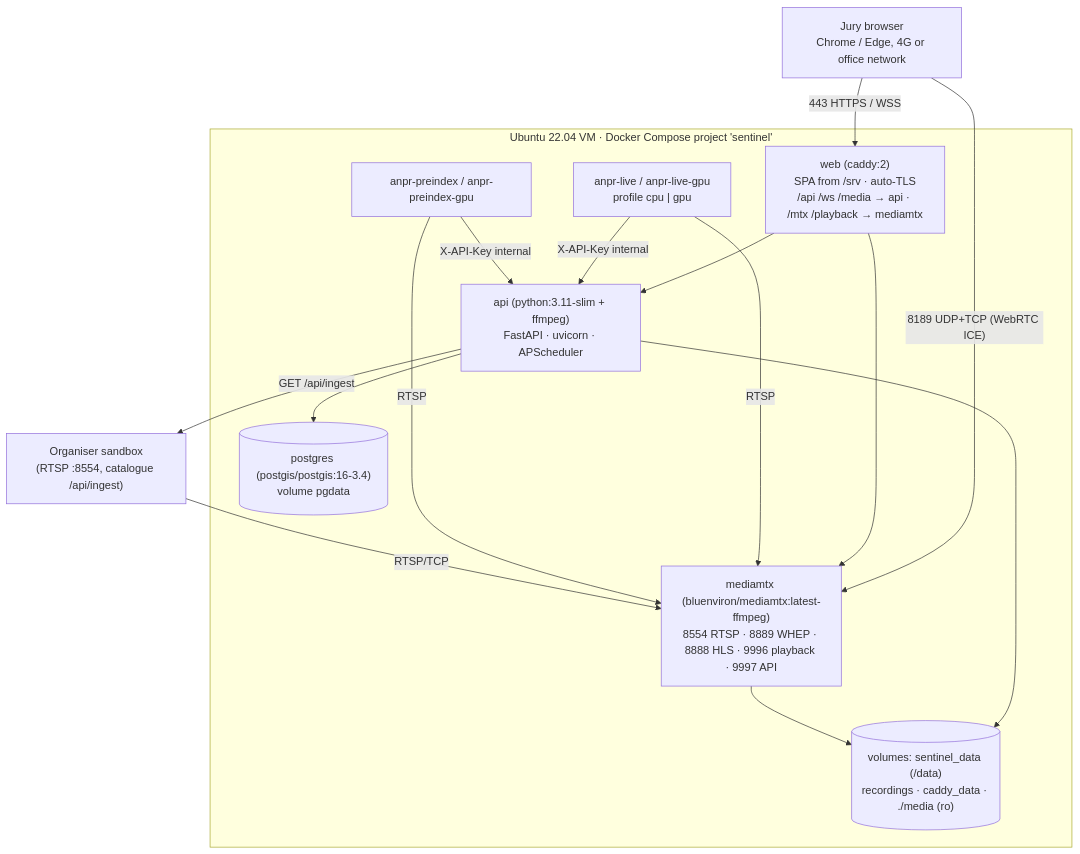
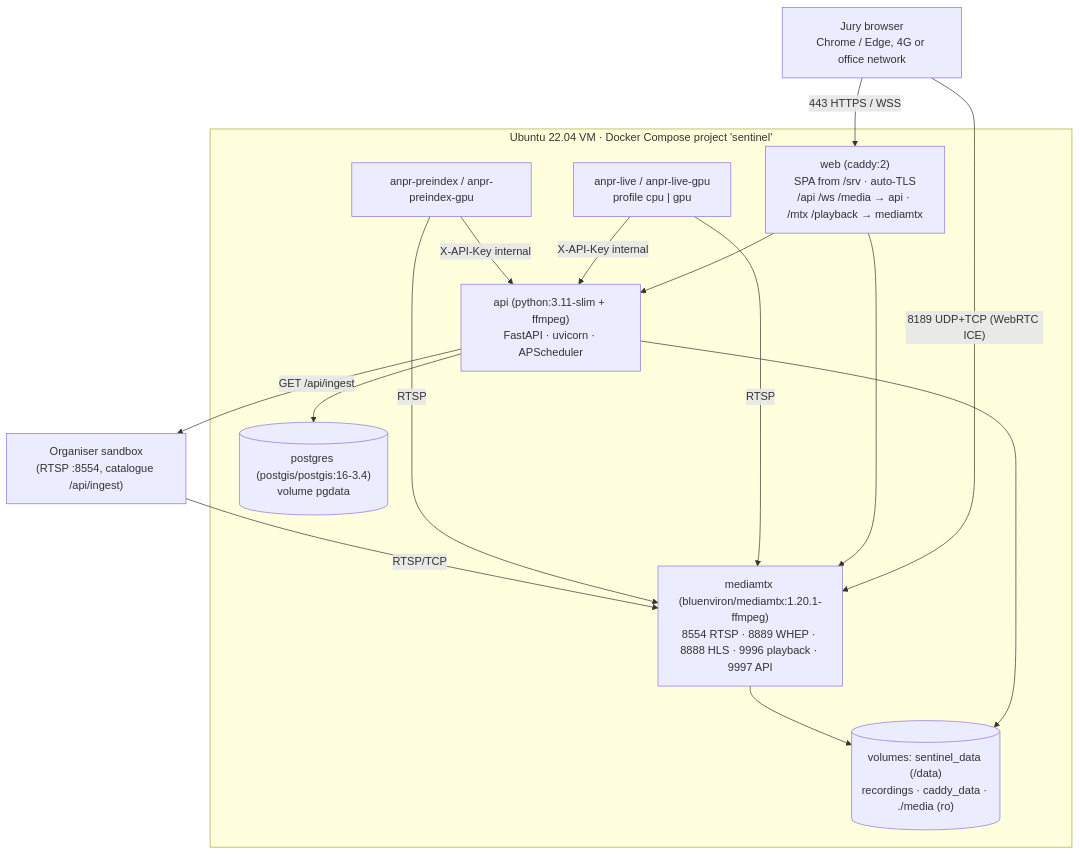
The second of 9 diagrams in docs/HLD.md (manishsoni123/Gujrat-police-hackathon), drawn with Mermaid before and after one commit. The commit also changed other lines of this file and 181 other files, not shown here.

````diff
--- a/docs/HLD.md
+++ b/docs/HLD.md
@@ -189,25 +189,25 @@
 ```mermaid
 flowchart TB
   JURY["Jury browser<br/>Chrome / Edge, 4G or office network"] -- "443 HTTPS / WSS" --> CADDY
   JURY -- "8189 UDP+TCP (WebRTC ICE)" --> MTX
   subgraph VM["Ubuntu 22.04 VM · Docker Compose project 'sentinel'"]
     CADDY["web (caddy:2)<br/>SPA from /srv · auto-TLS<br/>/api /ws /media → api · /mtx /playback → mediamtx"]
     API["api (python:3.11-slim + ffmpeg)<br/>FastAPI · uvicorn · APScheduler"]
-    MTX["mediamtx (bluenviron/mediamtx:latest-ffmpeg)<br/>8554 RTSP · 8889 WHEP · 8888 HLS · 9996 playback · 9997 API"]
+    MTX["mediamtx (bluenviron/mediamtx:1.20.1-ffmpeg)<br/>8554 RTSP · 8889 WHEP · 8888 HLS · 9996 playback · 9997 API"]
     PG[("postgres (postgis/postgis:16-3.4)<br/>volume pgdata")]
     LIVE["anpr-live / anpr-live-gpu<br/>profile cpu | gpu"]
     PRE["anpr-preindex / anpr-preindex-gpu"]
     VOL[("volumes: sentinel_data (/data)<br/>recordings · caddy_data · ./media (ro)")]
   end
   CADDY --> API
   CADDY --> MTX
   API --> PG
   API --> VOL
   MTX --> VOL
   LIVE -- "RTSP" --> MTX
   PRE -- "RTSP" --> MTX
   LIVE -- "X-API-Key internal" --> API
   PRE -- "X-API-Key internal" --> API
   SBX["Organiser sandbox<br/>(RTSP :8554, catalogue /api/ingest)"] -- "RTSP/TCP" --> MTX
   API -- "GET /api/ingest" --> SBX
 ```
````
